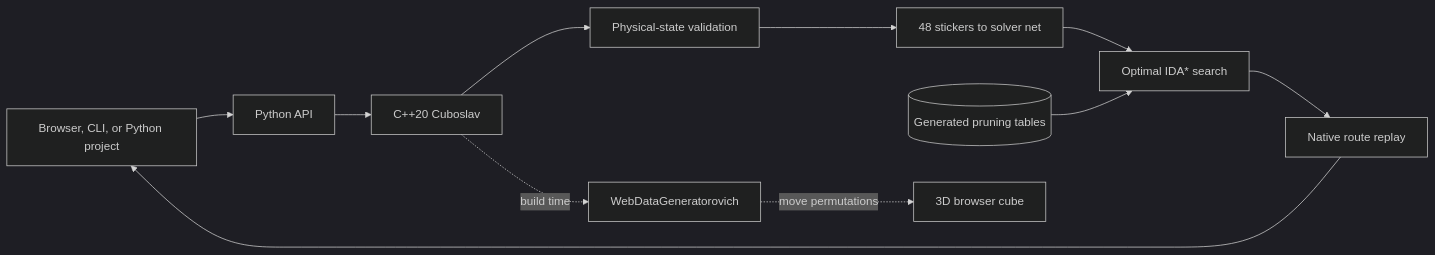
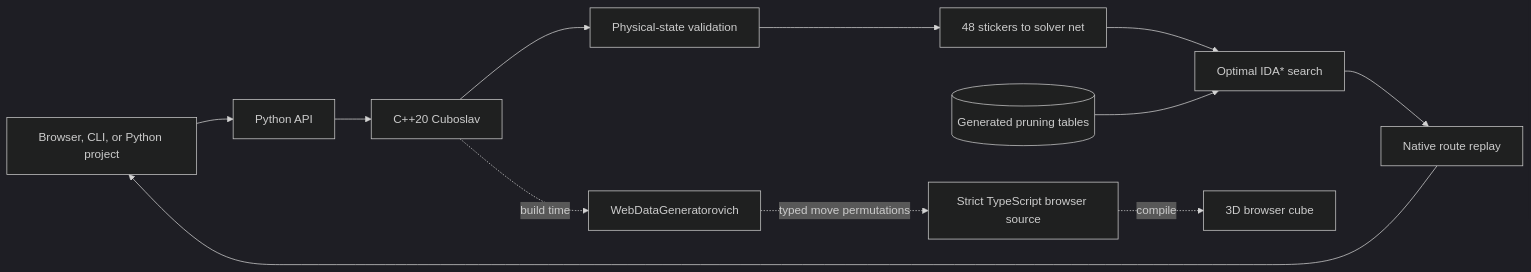
One commit to unnobatroo/rubikoslav changed the diagram in docs/architecture.md. Above: the diagram before and after it, drawn with Mermaid (dark theme). The commit also changed other lines of this file and 25 other files, not shown here.

````diff
--- a/docs/architecture.md
+++ b/docs/architecture.md
@@ -5,14 +5,15 @@
 ```mermaid
 flowchart LR
     User[Browser, CLI, or Python project] --> Python[Python API]
     Python --> Native[C++20 Cuboslav]
     Native --> Validation[Physical-state validation]
     Validation --> Adapter[48 stickers to solver net]
     Adapter --> Search[Optimal IDA* search]
     Tables[(Generated pruning tables)] --> Search
     Search --> Replay[Native route replay]
     Replay --> User
 
     Native -. build time .-> Generator[WebDataGeneratorovich]
-    Generator -. move permutations .-> Browser[3D browser cube]
+    Generator -. typed move permutations .-> TypeScript[Strict TypeScript browser source]
+    TypeScript -. compile .-> Browser[3D browser cube]
 ```
````
